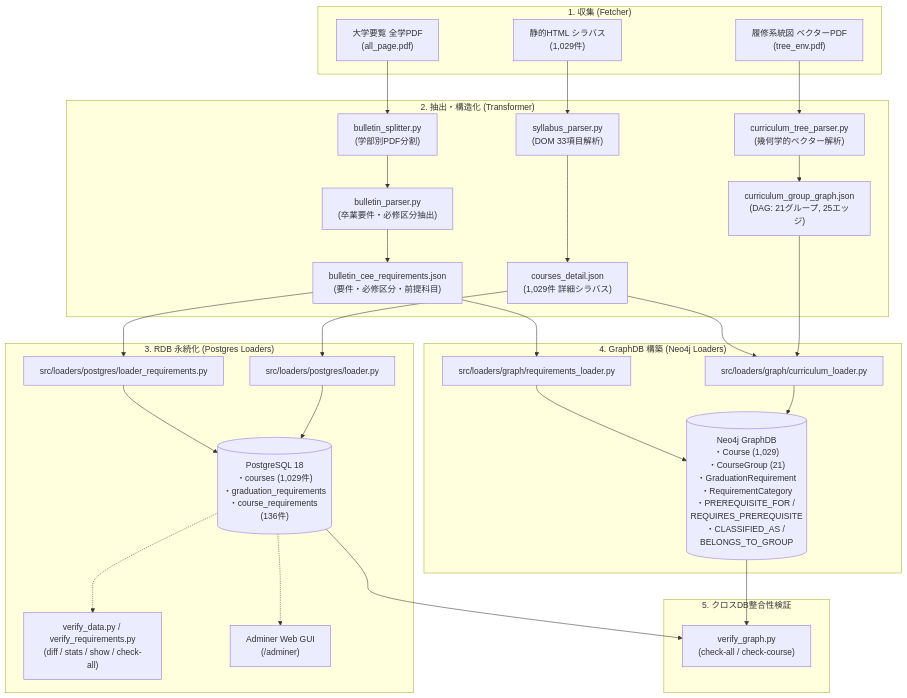
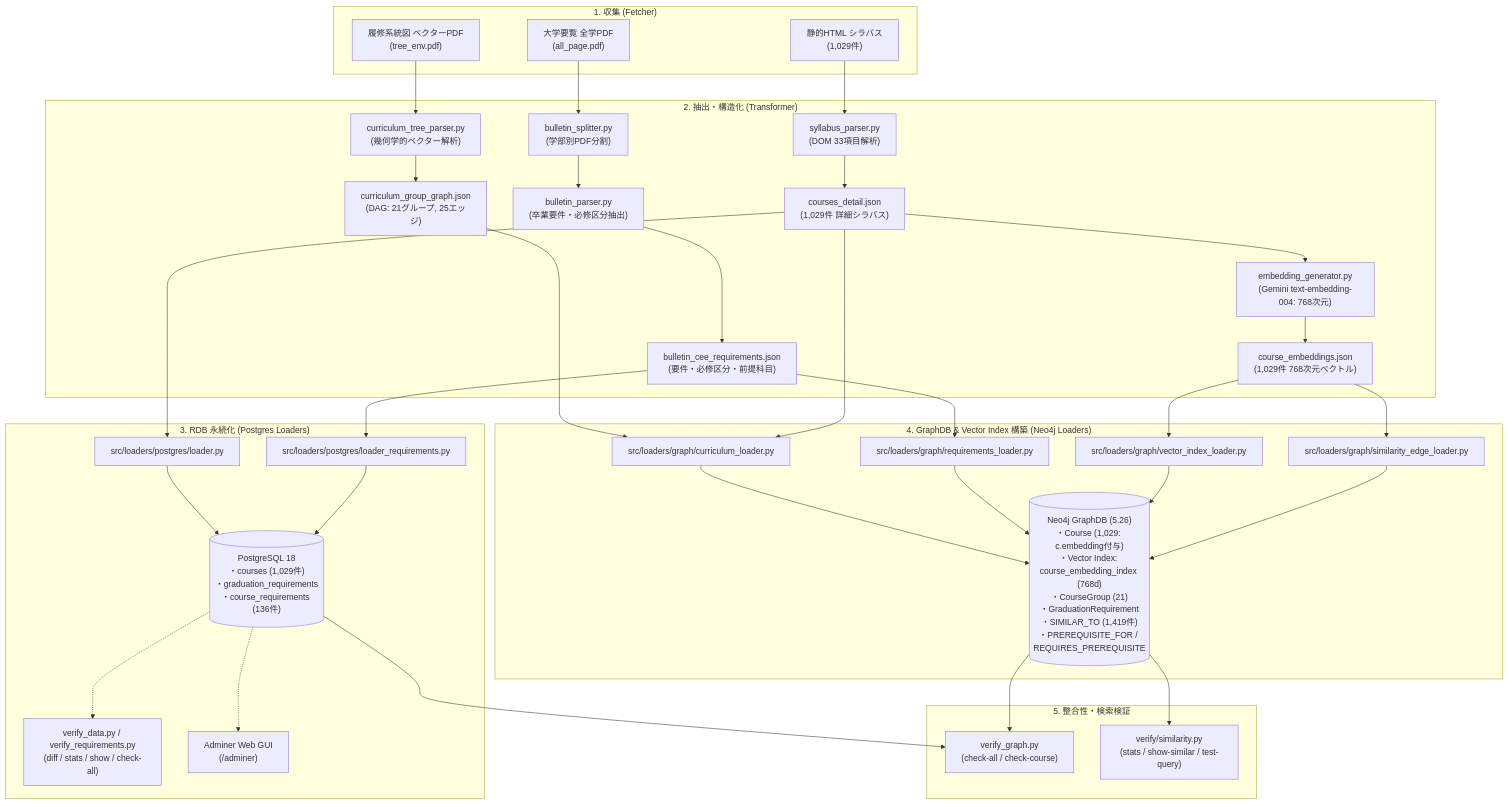
One commit to cyanosome/course-navigator changed the diagram in ingestion/README.md. Above: the diagram before and after it, drawn with Mermaid. The commit also changed other lines of this file, not shown here.

````diff
--- a/ingestion/README.md
+++ b/ingestion/README.md
@@ -151,55 +172,63 @@
 ```mermaid
 flowchart TD
     subgraph Extract["1. 収集 (Fetcher)"]
         RawHTML["静的HTML シラバス<br/>(1,029件)"]
         RawTreePDF["履修系統図 ベクターPDF<br/>(tree_env.pdf)"]
         RawBulletinPDF["大学要覧 全学PDF<br/>(all_page.pdf)"]
     end
 
     subgraph Transform["2. 抽出・構造化 (Transformer)"]
         SyllabusParser["syllabus_parser.py<br/>(DOM 33項目解析)"]
         TreeParser["curriculum_tree_parser.py<br/>(幾何学的ベクター解析)"]
         BulletinSplitter["bulletin_splitter.py<br/>(学部別PDF分割)"]
         BulletinParser["bulletin_parser.py<br/>(卒業要件・必修区分抽出)"]
+        EmbedGen["embedding_generator.py<br/>(Gemini text-embedding-004: 768次元)"]
         
         RawHTML --> SyllabusParser
         RawTreePDF --> TreeParser
         RawBulletinPDF --> BulletinSplitter
         BulletinSplitter --> BulletinParser
         
         CoursesJSON["courses_detail.json<br/>(1,029件 詳細シラバス)"]
         CurriculumJSON["curriculum_group_graph.json<br/>(DAG: 21グループ, 25エッジ)"]
         BulletinJSON["bulletin_cee_requirements.json<br/>(要件・必修区分・前提科目)"]
+        EmbedJSON["course_embeddings.json<br/>(1,029件 768次元ベクトル)"]
         
         SyllabusParser --> CoursesJSON
         TreeParser --> CurriculumJSON
         BulletinParser --> BulletinJSON
+        CoursesJSON --> EmbedGen --> EmbedJSON
     end
 
     subgraph LoadPG["3. RDB 永続化 (Postgres Loaders)"]
         CoursesJSON --> PGLoader["src/loaders/postgres/loader.py"]
         BulletinJSON --> PGReqLoader["src/loaders/postgres/loader_requirements.py"]
         
         PGLoader --> Postgres[("PostgreSQL 18<br/>・courses (1,029件)<br/>・graduation_requirements<br/>・course_requirements (136件)")]
         PGReqLoader --> Postgres
         
         PGVerify["verify_data.py / verify_requirements.py<br/>(diff / stats / show / check-all)"]
         Postgres -.-> PGVerify
         Adminer["Adminer Web GUI<br/>(/adminer)"]
         Postgres -.-> Adminer
     end
 
-    subgraph LoadGraph["4. GraphDB 構築 (Neo4j Loaders)"]
+    subgraph LoadGraph["4. GraphDB & Vector Index 構築 (Neo4j Loaders)"]
         CurriculumJSON --> GraphLoader["src/loaders/graph/curriculum_loader.py"]
         CoursesJSON --> GraphLoader
         BulletinJSON --> GraphReqLoader["src/loaders/graph/requirements_loader.py"]
+        EmbedJSON --> VectorLoader["src/loaders/graph/vector_index_loader.py"]
+        EmbedJSON --> SimEdgeLoader["src/loaders/graph/similarity_edge_loader.py"]
         
-        GraphLoader --> Neo4j[("Neo4j GraphDB<br/>・Course (1,029)<br/>・CourseGroup (21)<br/>・GraduationRequirement<br/>・RequirementCategory<br/>・PREREQUISITE_FOR / REQUIRES_PREREQUISITE<br/>・CLASSIFIED_AS / BELONGS_TO_GROUP")]
+        GraphLoader --> Neo4j[("Neo4j GraphDB (5.26)<br/>・Course (1,029: c.embedding付与)<br/>・Vector Index: course_embedding_index (768d)<br/>・CourseGroup (21)<br/>・GraduationRequirement<br/>・SIMILAR_TO (1,419件)<br/>・PREREQUISITE_FOR / REQUIRES_PREREQUISITE")]
         GraphReqLoader --> Neo4j
+        VectorLoader --> Neo4j
+        SimEdgeLoader --> Neo4j
     end
 
-    subgraph Verify["5. クロスDB整合性検証"]
+    subgraph Verify["5. 整合性・検索検証"]
         Neo4j --> CrossVerify["verify_graph.py<br/>(check-all / check-course)"]
         Postgres --> CrossVerify
+        Neo4j --> SimVerify["verify/similarity.py<br/>(stats / show-similar / test-query)"]
     end
 ```
````
